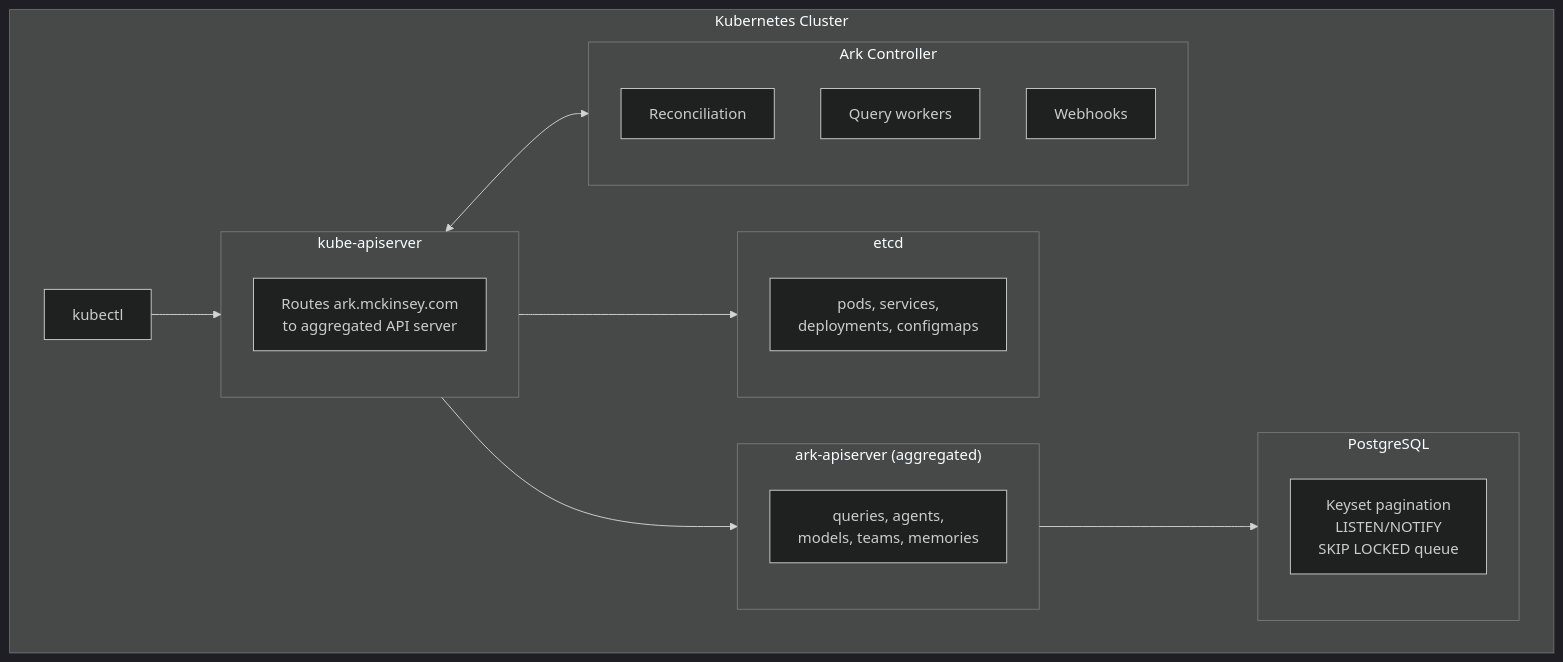
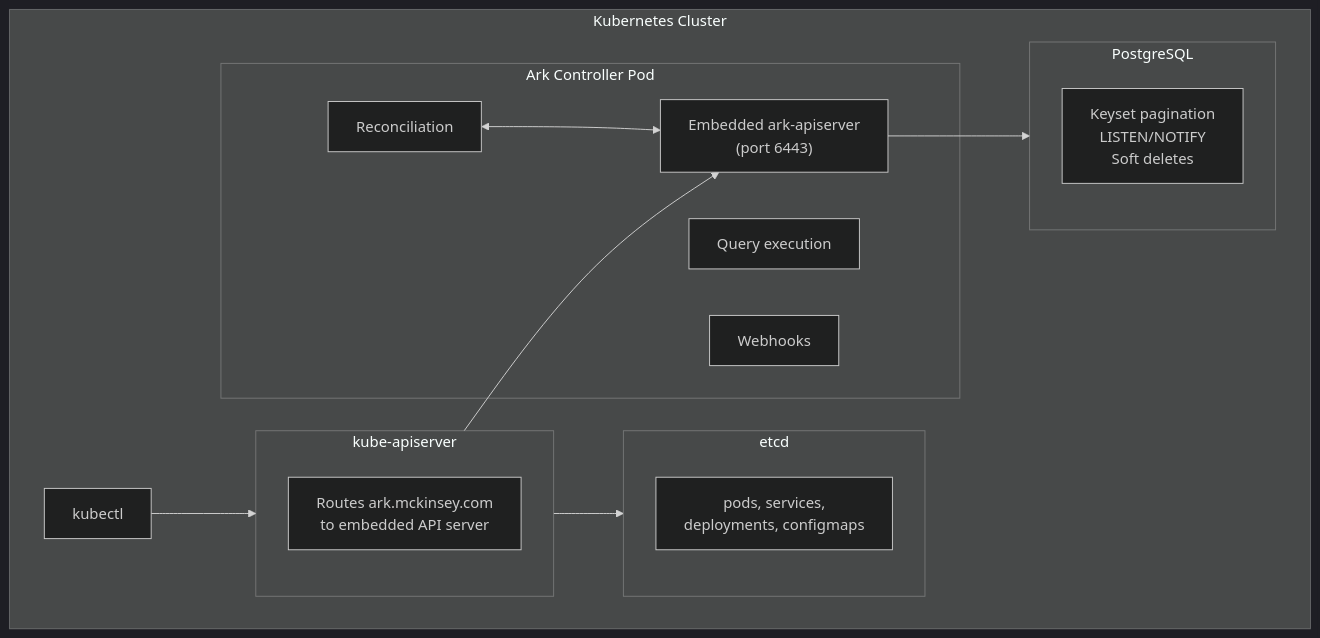
The fourth of 4 diagrams in docs/content/reference/core-architecture.mdx (mckinsey/agents-at-scale-ark), drawn with Mermaid (dark theme) before and after one commit. The commit also changed other lines of this file and 14 other files, not shown here.

First line of the commit message:
feat(ark): add embedded API server with PostgreSQL/SQLite storage backends

````diff
--- a/docs/content/reference/core-architecture.mdx
+++ b/docs/content/reference/core-architecture.mdx
@@ -176,34 +177,31 @@
 ```mermaid
 flowchart TB
     subgraph cluster["Kubernetes Cluster"]
         kubectl["kubectl"]
 
         subgraph apiserver["kube-apiserver"]
-            api_desc["Routes ark.mckinsey.com<br/>to aggregated API server"]
+            api_desc["Routes ark.mckinsey.com<br/>to embedded API server"]
         end
 
-        subgraph controller["Ark Controller"]
+        subgraph controller["Ark Controller Pod"]
             ctrl_reconcile["Reconciliation"]
-            ctrl_workers["Query workers"]
+            ctrl_query["Query execution"]
             ctrl_webhook["Webhooks"]
+            embedded_api["Embedded ark-apiserver<br/>(port 6443)"]
         end
 
         subgraph etcd_box["etcd"]
             etcd_k8s["pods, services,<br/>deployments, configmaps"]
         end
 
-        subgraph ark_api["ark-apiserver (aggregated)"]
-            ark_resources["queries, agents,<br/>models, teams, memories"]
-        end
-
         subgraph postgres["PostgreSQL"]
-            pg_features["Keyset pagination<br/>LISTEN/NOTIFY<br/>SKIP LOCKED queue"]
+            pg_features["Keyset pagination<br/>LISTEN/NOTIFY<br/>Soft deletes"]
         end
 
         kubectl --> apiserver
-        apiserver <--> controller
         apiserver --> etcd_box
-        apiserver --> ark_api
-        ark_api --> postgres
+        apiserver --> embedded_api
+        embedded_api --> postgres
+        ctrl_reconcile <--> embedded_api
     end
 ```
````
